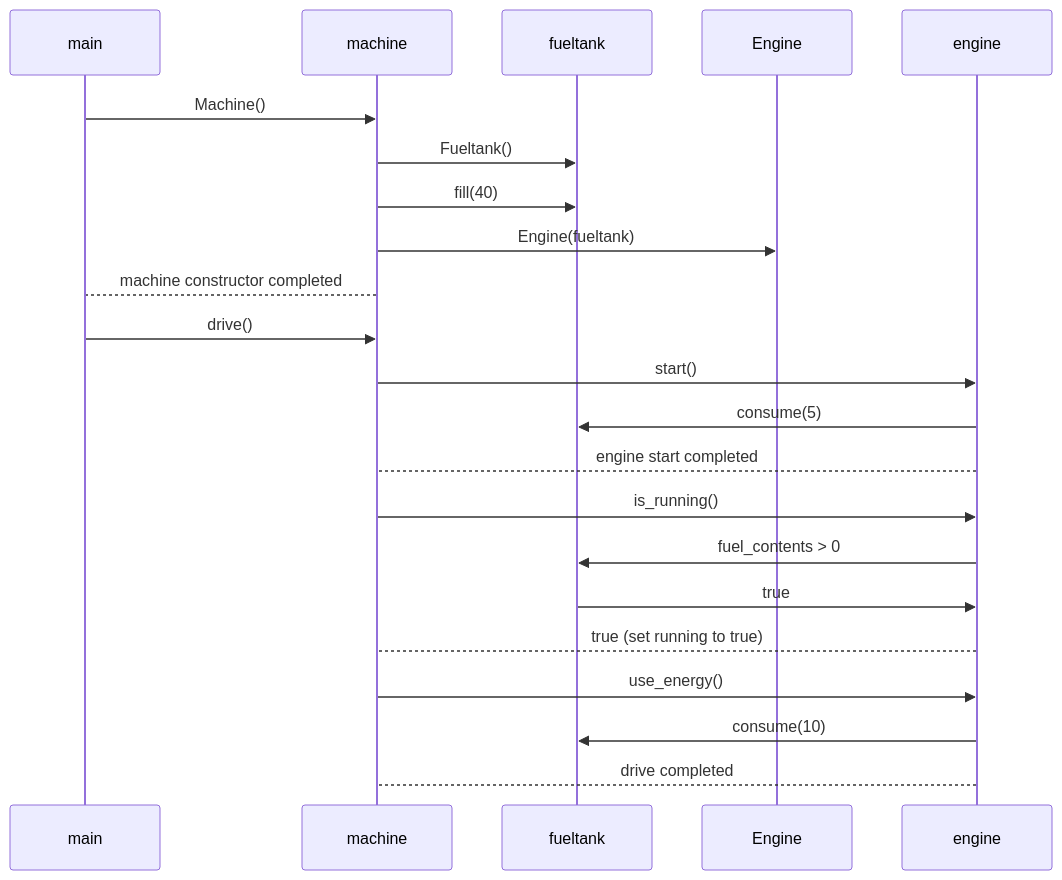
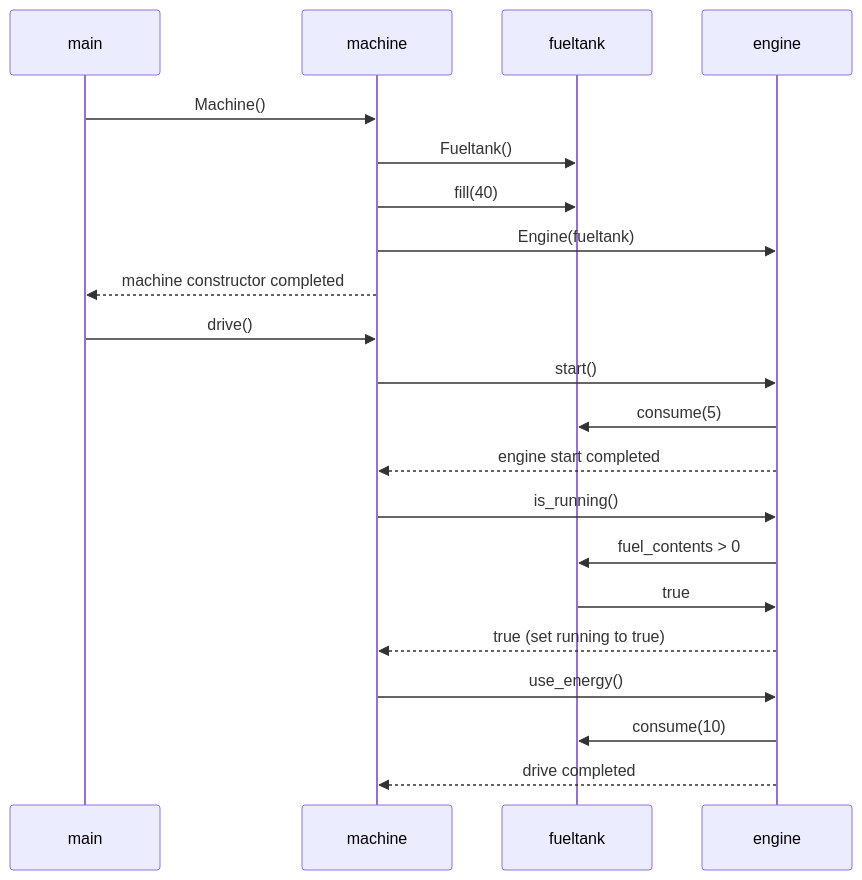
Before and after one commit to federma/ot-harjoitustyo: the diagram in laskarit/viikko3/sekvenssikaavio.md, drawn with Mermaid.

````diff
--- a/laskarit/viikko3/sekvenssikaavio.md
+++ b/laskarit/viikko3/sekvenssikaavio.md
@@ -1,19 +1,19 @@
 ```mermaid
 sequenceDiagram
     main->>machine: Machine()
     machine->>fueltank: Fueltank()
     machine->>fueltank: fill(40)
-    machine->>Engine: Engine(fueltank)
-    machine-->main: machine constructor completed
+    machine->>engine: Engine(fueltank)
+    machine-->>main: machine constructor completed
     main->>machine: drive()
     machine->>engine: start()
     engine->>fueltank: consume(5)
-    engine-->machine: engine start completed
+    engine-->>machine: engine start completed
     machine->>engine: is_running()
     engine->>fueltank: fuel_contents > 0
     fueltank->>engine: true
-    engine-->machine: true (set running to true)
+    engine-->>machine: true (set running to true)
     machine->>engine: use_energy()
     engine->>fueltank: consume(10)
-    engine-->machine: drive completed
+    engine-->>machine: drive completed
 ```
````
